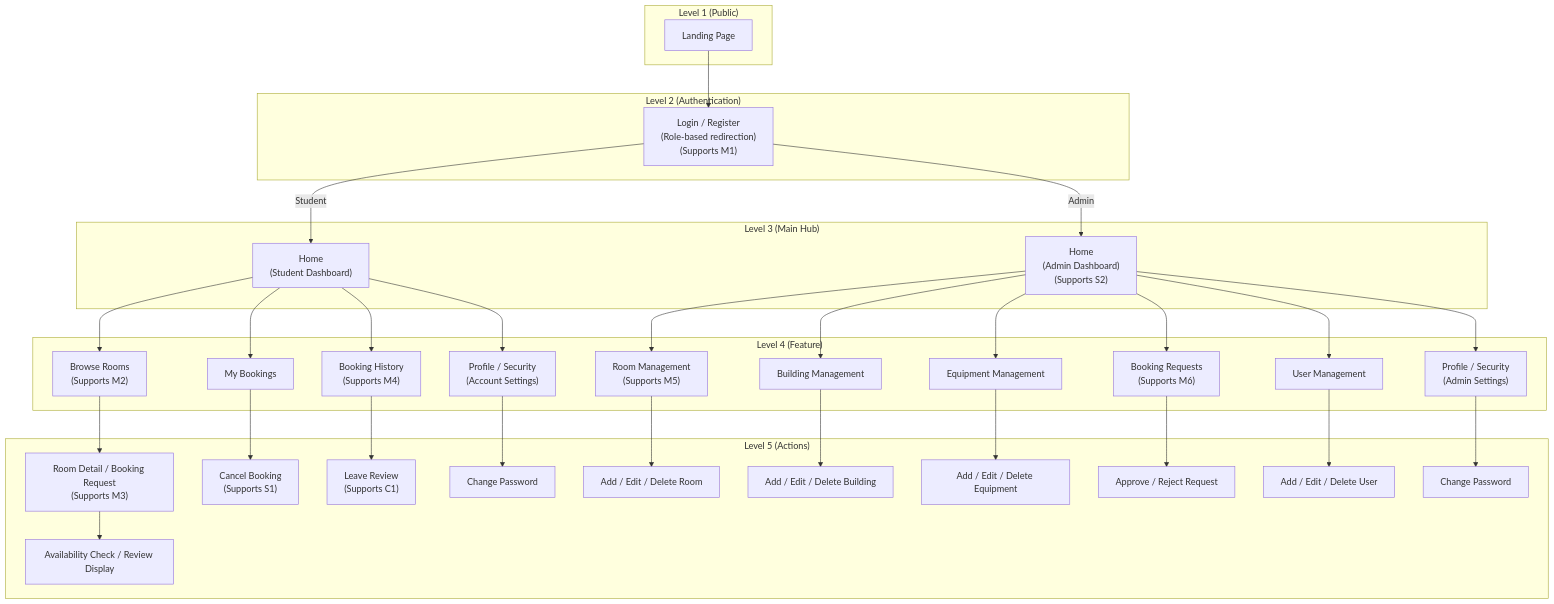
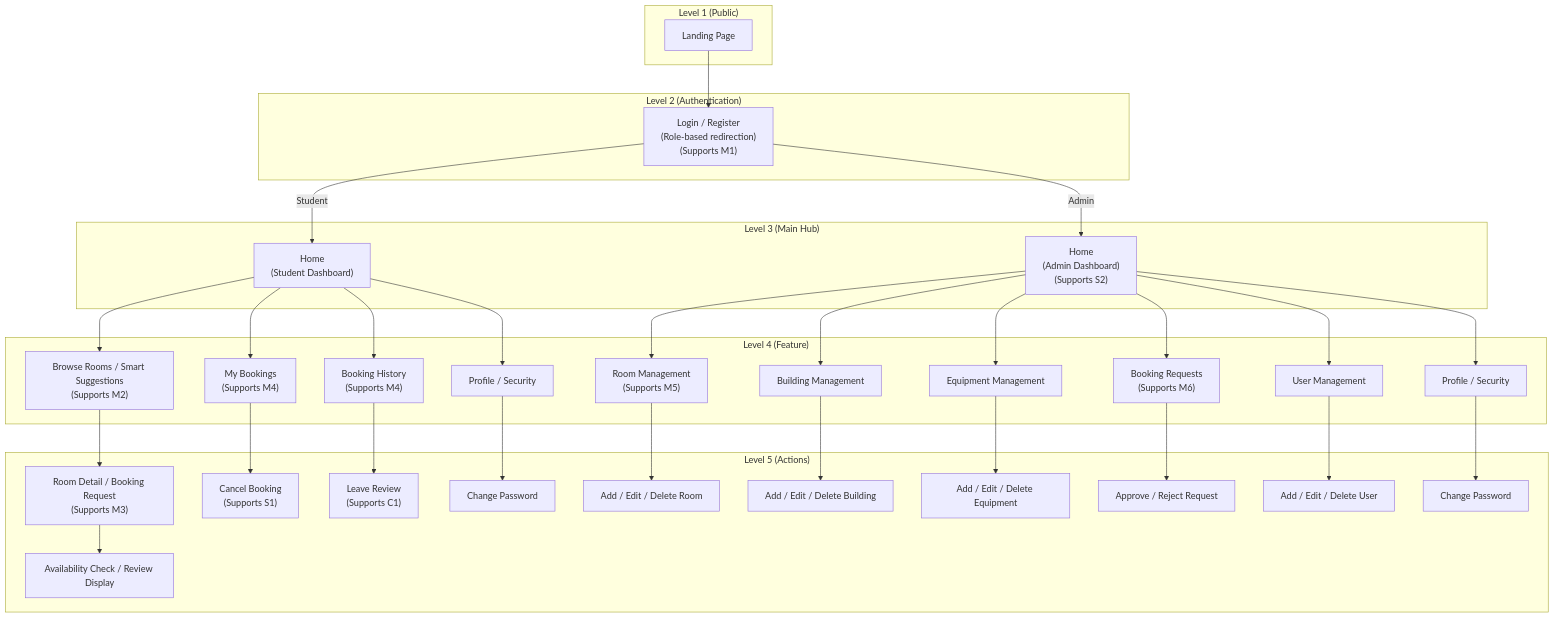
The diagram in IMPLEMENTED_SITE_STRUCTURE.md (HarryBlackCatQAQ/study_room_booking_system), drawn with Mermaid before and after one commit. The commit also changed other lines of this file and 10 other files, not shown here.

````diff
--- a/IMPLEMENTED_SITE_STRUCTURE.md
+++ b/IMPLEMENTED_SITE_STRUCTURE.md
@@ -7,74 +7,74 @@
 ```mermaid
 flowchart TB
     subgraph L1["Level 1 (Public)"]
         LP["Landing Page"]
     end
 
     subgraph L2["Level 2 (Authentication)"]
         AUTH["Login / Register<br/>(Role-based redirection)<br/>(Supports M1)"]
     end
 
     subgraph L3["Level 3 (Main Hub)"]
         SD["Home<br/>(Student Dashboard)"]
         AD["Home<br/>(Admin Dashboard)<br/>(Supports S2)"]
     end
 
     subgraph L4["Level 4 (Feature)"]
-        BR["Browse Rooms<br/>(Supports M2)"]
-        MB["My Bookings"]
+        BR["Browse Rooms / Smart Suggestions<br/>(Supports M2)"]
+        MB["My Bookings<br/>(Supports M4)"]
         BH["Booking History<br/>(Supports M4)"]
-        SP["Profile / Security<br/>(Account Settings)"]
+        SP["Profile / Security"]
 
         RM["Room Management<br/>(Supports M5)"]
         BM["Building Management"]
         EM["Equipment Management"]
         BQ["Booking Requests<br/>(Supports M6)"]
         UM["User Management"]
-        AP["Profile / Security<br/>(Admin Settings)"]
+        AP["Profile / Security"]
     end
 
     subgraph L5["Level 5 (Actions)"]
         RD["Room Detail / Booking Request<br/>(Supports M3)"]
-        SA["Availability Check / Review Display"]
+        AV["Availability Check / Review Display"]
         CB["Cancel Booking<br/>(Supports S1)"]
         LR["Leave Review<br/>(Supports C1)"]
         CPS["Change Password"]
 
         AR["Add / Edit / Delete Room"]
         AB["Add / Edit / Delete Building"]
         AE["Add / Edit / Delete Equipment"]
         APR["Approve / Reject Request"]
         AU["Add / Edit / Delete User"]
         CPA["Change Password"]
     end
 
     LP --> AUTH
 
     AUTH -->|Student| SD
     AUTH -->|Admin| AD
 
     SD --> BR
     SD --> MB
     SD --> BH
     SD --> SP
 
     AD --> RM
     AD --> BM
     AD --> EM
     AD --> BQ
     AD --> UM
     AD --> AP
 
     BR --> RD
-    RD --> SA
+    RD --> AV
     MB --> CB
     BH --> LR
     SP --> CPS
 
     RM --> AR
     BM --> AB
     EM --> AE
     BQ --> APR
     UM --> AU
     AP --> CPA
 ```
````
